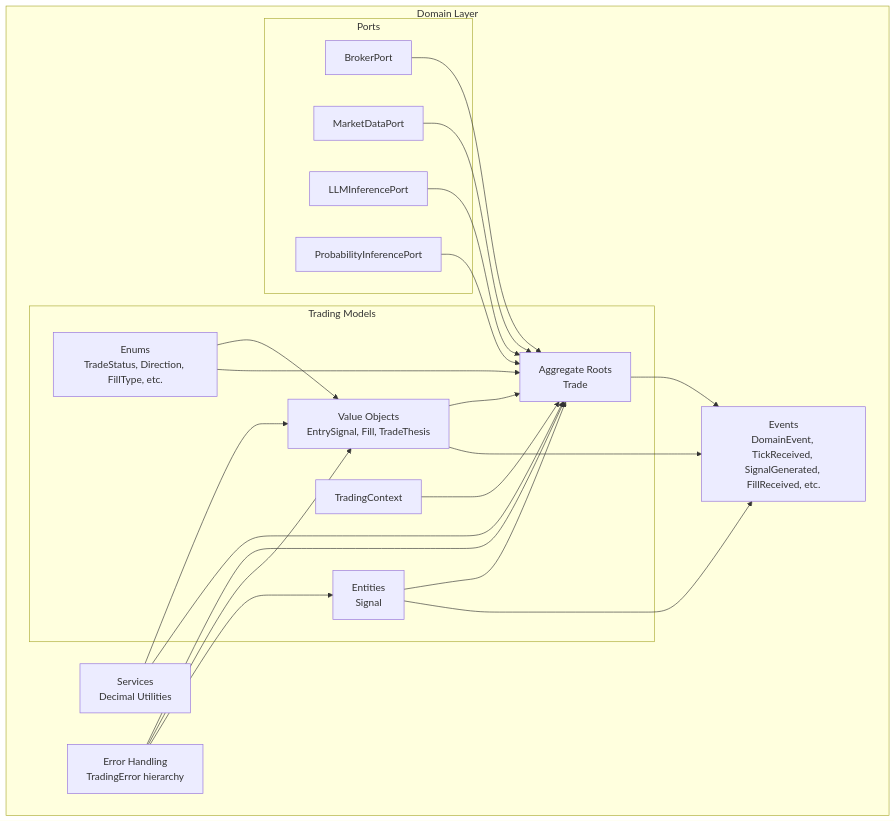
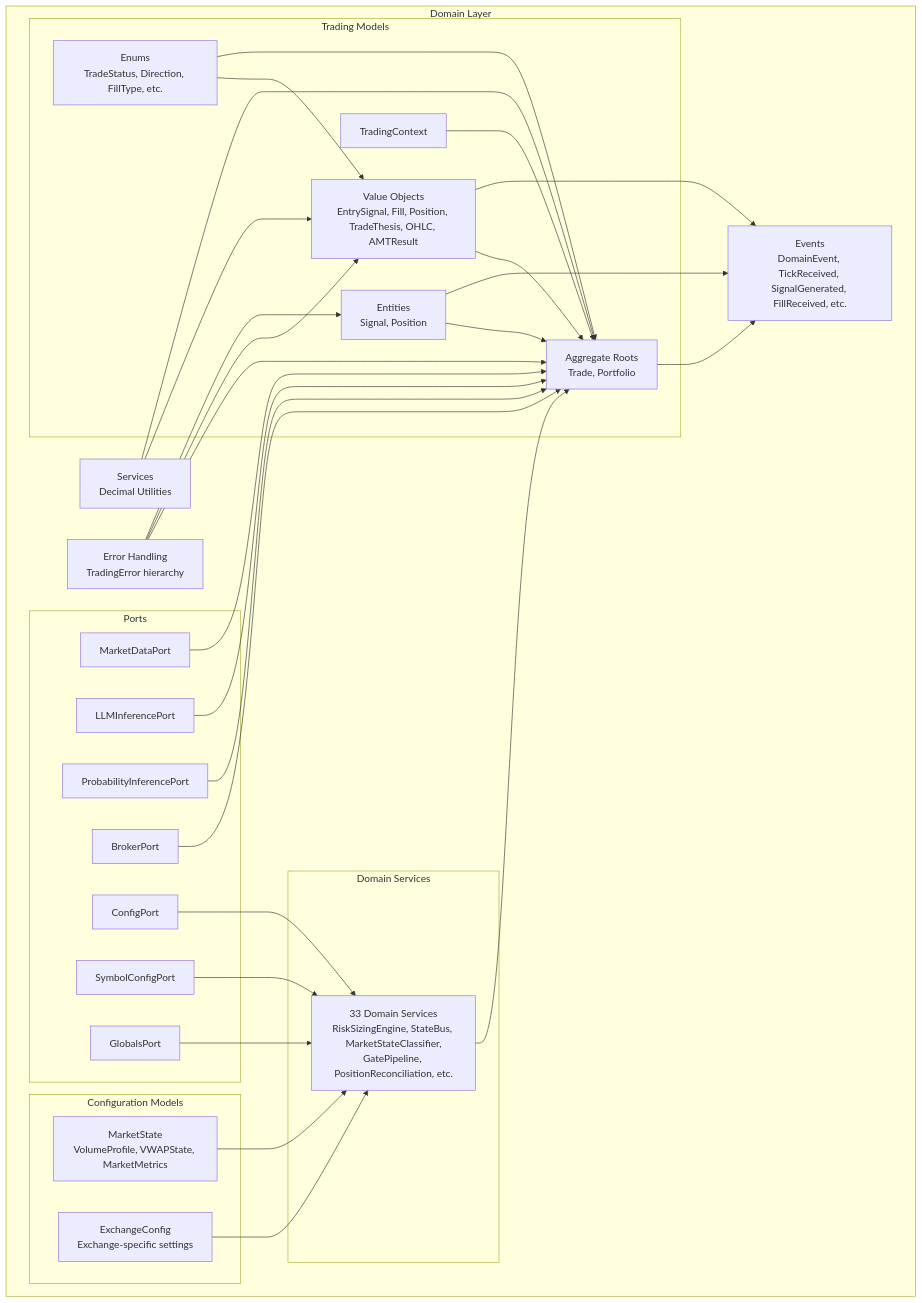
Before and after one commit to gemrajkhatry-maker/v5-of-glassytrade-ai: the first of 15 diagrams in .qoder/repowiki/en/content/Architecture Deep Dive/Clean Architecture Layers/Domain Layer.md, drawn with Mermaid. The commit also changed other lines of this file and 930 other files, not shown here.

````diff
--- a/.qoder/repowiki/en/content/Architecture Deep Dive/Clean Architecture Layers/Domain Layer.md
+++ b/.qoder/repowiki/en/content/Architecture Deep Dive/Clean Architecture Layers/Domain Layer.md
@@ -39,38 +61,54 @@
 ```mermaid
 graph TB
 subgraph "Domain Layer"
 subgraph "Trading Models"
-VO["Value Objects<br/>EntrySignal, Fill, TradeThesis"]
-ENT["Entities<br/>Signal"]
-AGG["Aggregate Roots<br/>Trade"]
+VO["Value Objects<br/>EntrySignal, Fill, Position, TradeThesis, OHLC, AMTResult"]
+ENT["Entities<br/>Signal, Position"]
+AGG["Aggregate Roots<br/>Trade, Portfolio"]
 ENUMS["Enums<br/>TradeStatus, Direction, FillType, etc."]
 CTX["TradingContext"]
+end
+subgraph "Configuration Models"
+EXCFG["ExchangeConfig<br/>Exchange-specific settings"]
+MS["MarketState<br/>VolumeProfile, VWAPState, MarketMetrics"]
 end
 subgraph "Ports"
 BP["BrokerPort"]
 MDP["MarketDataPort"]
 LLM["LLMInferencePort"]
 PRI["ProbabilityInferencePort"]
+CP["ConfigPort"]
+SCP["SymbolConfigPort"]
+GP["GlobalsPort"]
+end
+subgraph "Domain Services"
+DS["33 Domain Services<br/>RiskSizingEngine, StateBus, MarketStateClassifier,<br/>GatePipeline, PositionReconciliation, etc."]
 end
 EV["Events<br/>DomainEvent, TickReceived, SignalGenerated, FillReceived, etc."]
 DEC["Services<br/>Decimal Utilities"]
 ERR["Error Handling<br/>TradingError hierarchy"]
 end
 VO --> AGG
 ENT --> AGG
 ENUMS --> VO
 ENUMS --> AGG
 CTX --> AGG
 AGG --> EV
 VO --> EV
 ENT --> EV
 DEC --> VO
 DEC --> AGG
 ERR --> AGG
 ERR --> VO
 ERR --> ENT
 MDP --> AGG
 LLM --> AGG
 PRI --> AGG
 BP --> AGG
+CP --> DS
+SCP --> DS
+GP --> DS
+DS --> AGG
+MS --> DS
+EXCFG --> DS
 ```
````
